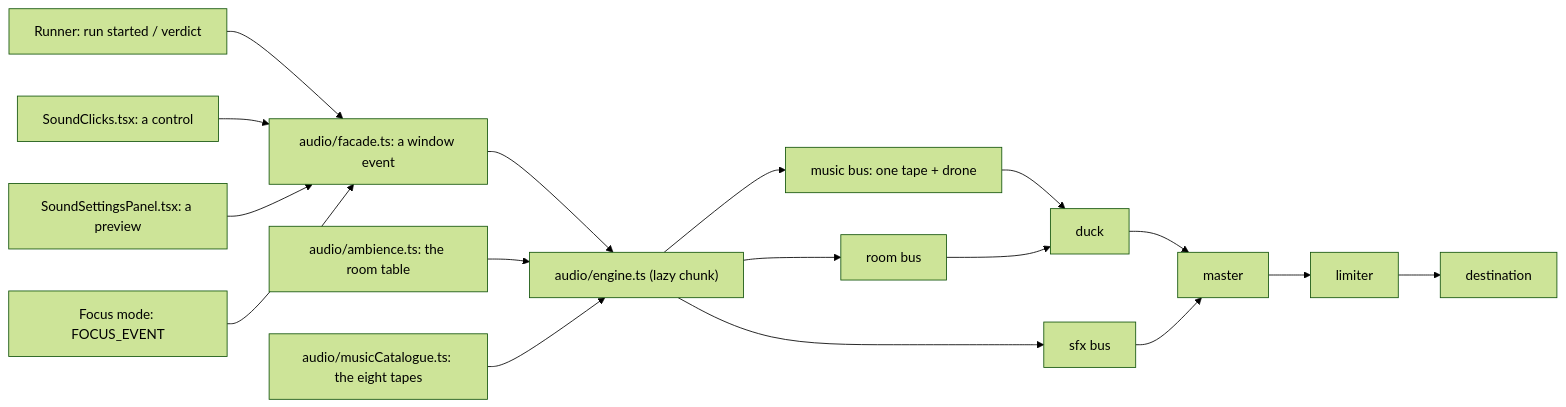
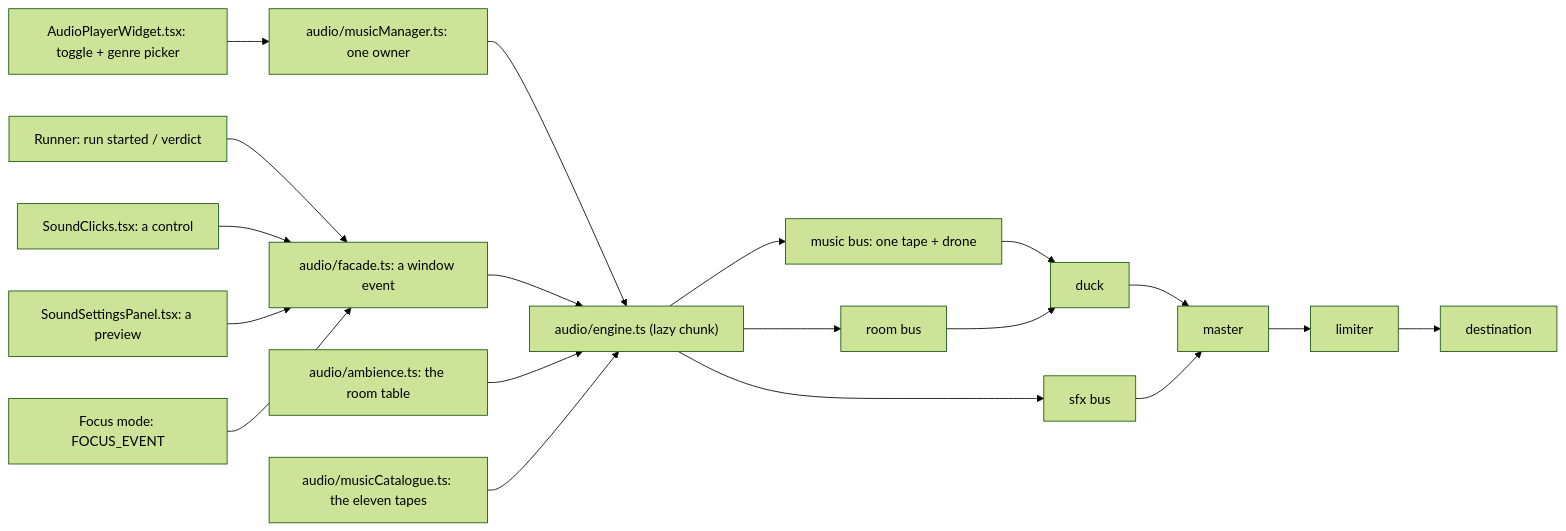
The diagram in docs/AUDIO.md (TLE47/Mechatronics-Roadmap), drawn with Mermaid (forest theme) before and after one commit. The commit also changed other lines of this file and 76 other files, not shown here.

````diff
--- a/docs/AUDIO.md
+++ b/docs/AUDIO.md
@@ -27,19 +29,21 @@
 ```mermaid
 flowchart LR
     R["Runner: run started / verdict"] --> B["audio/facade.ts: a window event"]
     C["SoundClicks.tsx: a control"] --> B
     P["SoundSettingsPanel.tsx: a preview"] --> B
+    W["AudioPlayerWidget.tsx: toggle + genre picker"] --> M0["audio/musicManager.ts: one owner"]
+    M0 --> E
     F["Focus mode: FOCUS_EVENT"] --> B
     B --> E["audio/engine.ts (lazy chunk)"]
     A2["audio/ambience.ts: the room table"] --> E
-    M2["audio/musicCatalogue.ts: the eight tapes"] --> E
+    M2["audio/musicCatalogue.ts: the eleven tapes"] --> E
     E --> M["music bus: one tape + drone"]
     E --> S["sfx bus"]
     E --> RM["room bus"]
     M --> D["duck"]
     RM --> D
     D --> MA["master"]
     S --> MA
     MA --> L["limiter"]
     L --> O["destination"]
 ```
````
